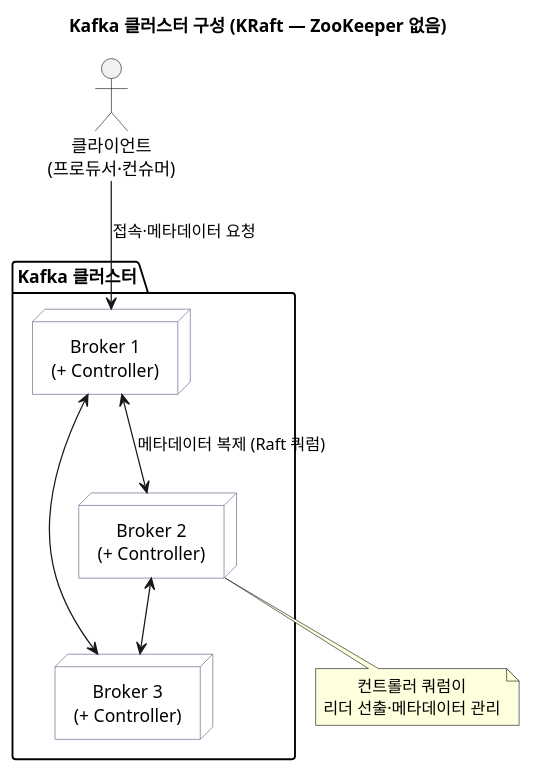
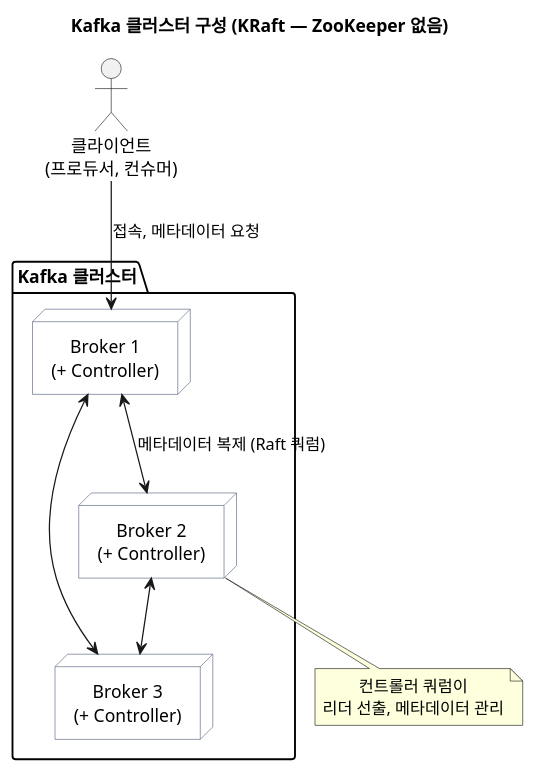
Before and after one commit to johnycho/johny-dev: the first of 11 diagrams in blog/2026-09-11-kafka-cluster-replication-consumer-group.mdx, drawn with PlantUML. The commit also changed other lines of this file and 188 other files, not shown here.

````diff
--- a/blog/2026-09-11-kafka-cluster-replication-consumer-group.mdx
+++ b/blog/2026-09-11-kafka-cluster-replication-consumer-group.mdx
@@ -35,24 +35,24 @@
 ```plantuml
 @startuml
 skinparam defaultTextAlignment center
 skinparam node {
   BackgroundColor #FFFFFF
   BorderColor #556080
 }
 title Kafka 클러스터 구성 (KRaft — ZooKeeper 없음)
 
-actor "클라이언트\n(프로듀서·컨슈머)" as cli
+actor "클라이언트\n(프로듀서, 컨슈머)" as cli
 
 package "Kafka 클러스터" {
   node "Broker 1\n(+ Controller)" as b1
   node "Broker 2\n(+ Controller)" as b2
   node "Broker 3\n(+ Controller)" as b3
 }
 
-cli --> b1 : 접속·메타데이터 요청
+cli --> b1 : 접속, 메타데이터 요청
 b1 <--> b2 : 메타데이터 복제 (Raft 쿼럼)
 b2 <--> b3
 b1 <--> b3
-note bottom of b2 : 컨트롤러 쿼럼이\n리더 선출·메타데이터 관리
+note bottom of b2 : 컨트롤러 쿼럼이\n리더 선출, 메타데이터 관리
 @enduml
 ```
````
